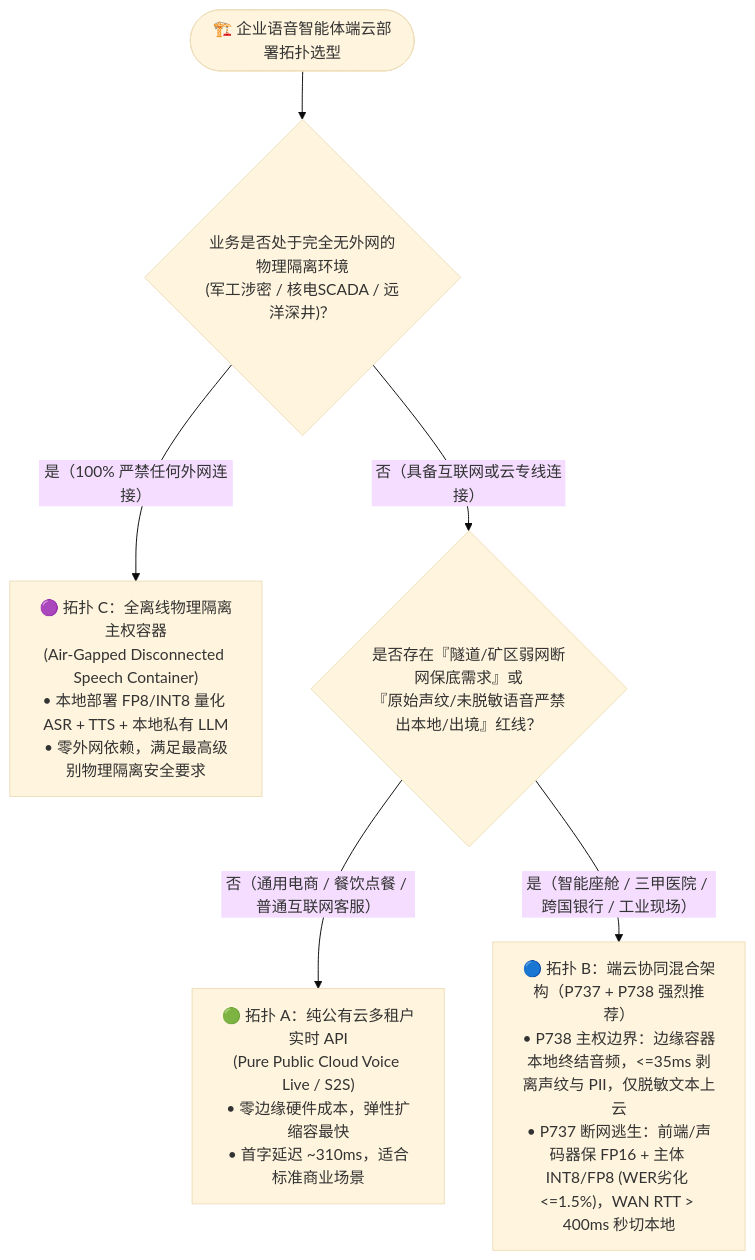
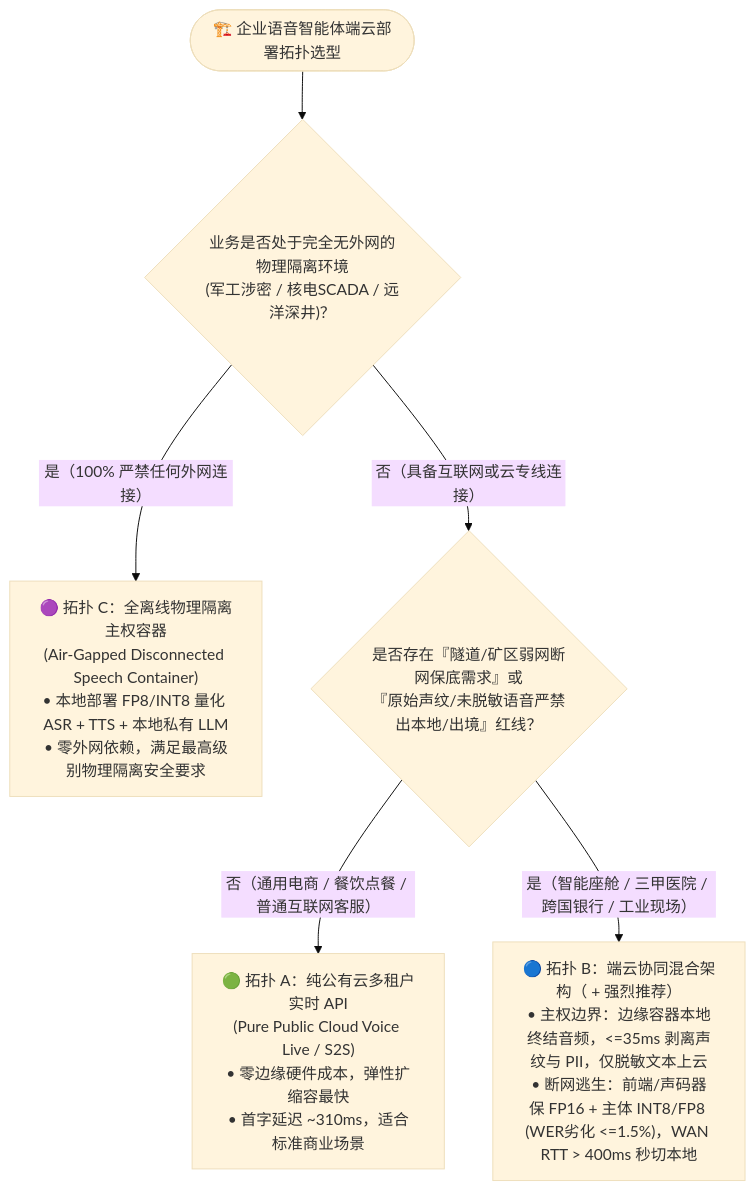
One commit to turbo998/voice-agent-lab changed the first of 3 diagrams in docs/voice-edge-cloud-quantized-container-failover-faq.md. Above: the diagram before and after it, drawn with Mermaid (base theme). The commit also changed other lines of this file and 715 other files, not shown here.

````diff
--- a/docs/voice-edge-cloud-quantized-container-failover-faq.md
+++ b/docs/voice-edge-cloud-quantized-container-failover-faq.md
@@ -87,12 +87,12 @@
 ```mermaid
 flowchart TD
-    Start(["🏗️ 企业语音智能体端云部署拓扑选型"]) --> Q1{"业务是否处于完全无外网的物理隔离环境\n(军工涉密 / 核电SCADA / 远洋深井)？"}
+ Start(["🏗️ 企业语音智能体端云部署拓扑选型"]) --> Q1{"业务是否处于完全无外网的物理隔离环境\n(军工涉密 / 核电SCADA / 远洋深井)？"}
 
-    Q1 -- "是（100% 严禁任何外网连接）" --> TopoC["🟣 拓扑 C：全离线物理隔离主权容器\n(Air-Gapped Disconnected Speech Container)\n• 本地部署 FP8/INT8 量化 ASR + TTS + 本地私有 LLM\n• 零外网依赖，满足最高级别物理隔离安全要求"]
+ Q1 -- "是（100% 严禁任何外网连接）" --> TopoC["🟣 拓扑 C：全离线物理隔离主权容器\n(Air-Gapped Disconnected Speech Container)\n• 本地部署 FP8/INT8 量化 ASR + TTS + 本地私有 LLM\n• 零外网依赖，满足最高级别物理隔离安全要求"]
 
-    Q1 -- "否（具备互联网或云专线连接）" --> Q2{"是否存在『隧道/矿区弱网断网保底需求』或\n『原始声纹/未脱敏语音严禁出本地/出境』红线？"}
+ Q1 -- "否（具备互联网或云专线连接）" --> Q2{"是否存在『隧道/矿区弱网断网保底需求』或\n『原始声纹/未脱敏语音严禁出本地/出境』红线？"}
 
-    Q2 -- "否（通用电商 / 餐饮点餐 / 普通互联网客服）" --> TopoA["🟢 拓扑 A：纯公有云多租户实时 API\n(Pure Public Cloud Voice Live / S2S)\n• 零边缘硬件成本，弹性扩缩容最快\n• 首字延迟 ~310ms，适合标准商业场景"]
+ Q2 -- "否（通用电商 / 餐饮点餐 / 普通互联网客服）" --> TopoA["🟢 拓扑 A：纯公有云多租户实时 API\n(Pure Public Cloud Voice Live / S2S)\n• 零边缘硬件成本，弹性扩缩容最快\n• 首字延迟 ~310ms，适合标准商业场景"]
 
-    Q2 -- "是（智能座舱 / 三甲医院 / 跨国银行 / 工业现场）" --> TopoB["🔵 拓扑 B：端云协同混合架构（P737 + P738 强烈推荐）\n• P738 主权边界：边缘容器本地终结音频，<=35ms 剥离声纹与 PII，仅脱敏文本上云\n• P737 断网逃生：前端/声码器保 FP16 + 主体 INT8/FP8 (WER劣化 <=1.5%)，WAN RTT > 400ms 秒切本地"]
+ Q2 -- "是（智能座舱 / 三甲医院 / 跨国银行 / 工业现场）" --> TopoB["🔵 拓扑 B：端云协同混合架构（ + 强烈推荐）\n• 主权边界：边缘容器本地终结音频，<=35ms 剥离声纹与 PII，仅脱敏文本上云\n• 断网逃生：前端/声码器保 FP16 + 主体 INT8/FP8 (WER劣化 <=1.5%)，WAN RTT > 400ms 秒切本地"]
 ```
````
